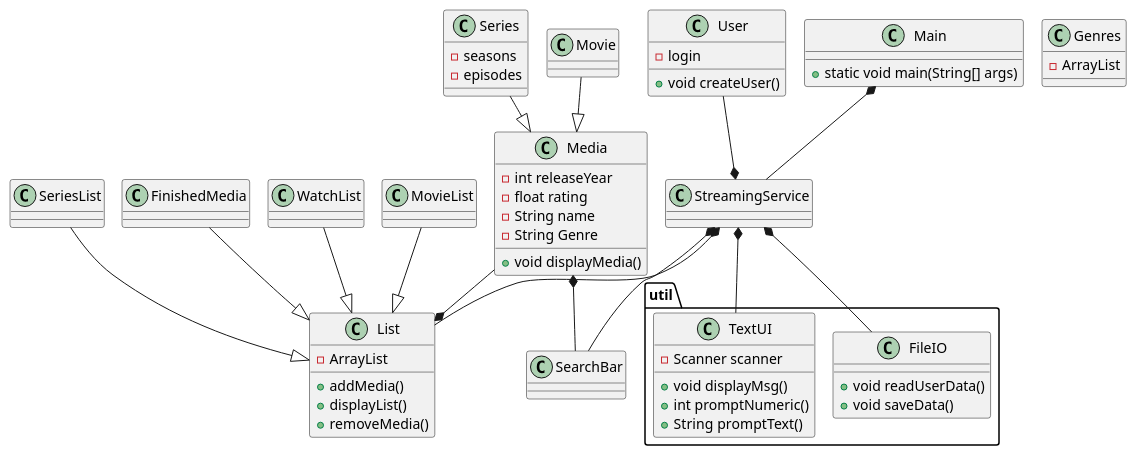
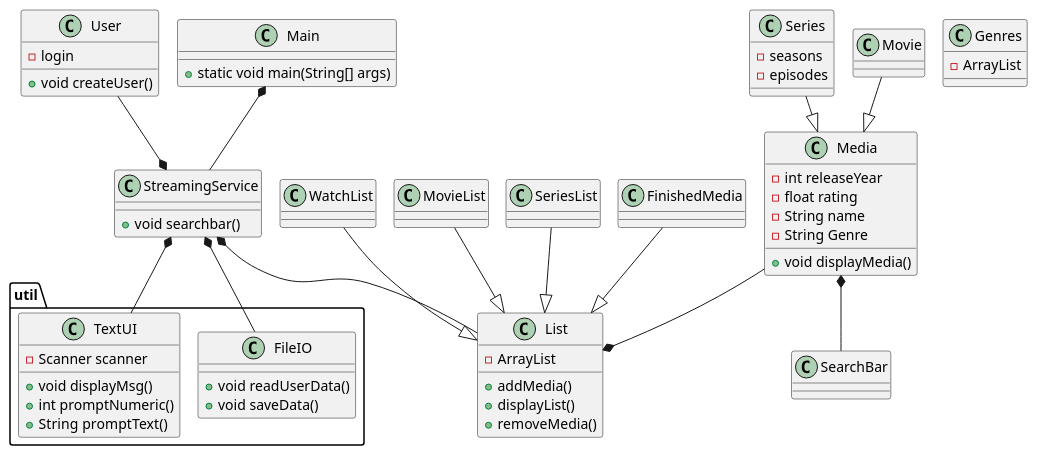
The diagram in doc/ClassDiagramV01.puml (Bojuuh/SP3), drawn with PlantUML before and after one commit.

Commit message:
Added ClassDiagram and DomainModel v.01.2

```diff
--- a/doc/ClassDiagramV01.puml
+++ b/doc/ClassDiagramV01.puml
@@ -1,91 +1,90 @@
 @startuml
 'https://plantuml.com/sequence-diagram
 !pragma layout smetana
 
 class User{
 - login
 + void createUser()
 }
 
 class Main{
 
 + static void main(String[] args)
 }
 
 class StreamingService{
 
-
++ void searchbar()
 
 }
 
 class List{
 
 - ArrayList
 + addMedia()
 + displayList()
 + removeMedia()
 
 
 }
 
 package "util" {
 
 class FileIO{
 + void readUserData()
 + void saveData()
 
 }
 class TextUI{
 - Scanner scanner
 + void displayMsg()
 + int promptNumeric()
 + String promptText()
 
 }
 }
 
 class Media{
 
 - int releaseYear
 - float rating
 - String name
 - String Genre
 + void displayMedia()
 
 
 }
 
 class Genres{
 - ArrayList
 
 
 }
 
 class Series{
 
 - seasons
 - episodes
 
 }
 
 
 Movie --|> Media
 Series --|> Media
 
 
 
 WatchList --|> List
 MovieList --|> List
 SeriesList --|> List
 FinishedMedia --|> List
 
 Main *-- StreamingService
 User --* StreamingService
 StreamingService *-- List
-StreamingService *-- SearchBar
 Media --* List
 
 Media *-- SearchBar
 StreamingService *-- TextUI
 StreamingService *-- FileIO
 @enduml
```
